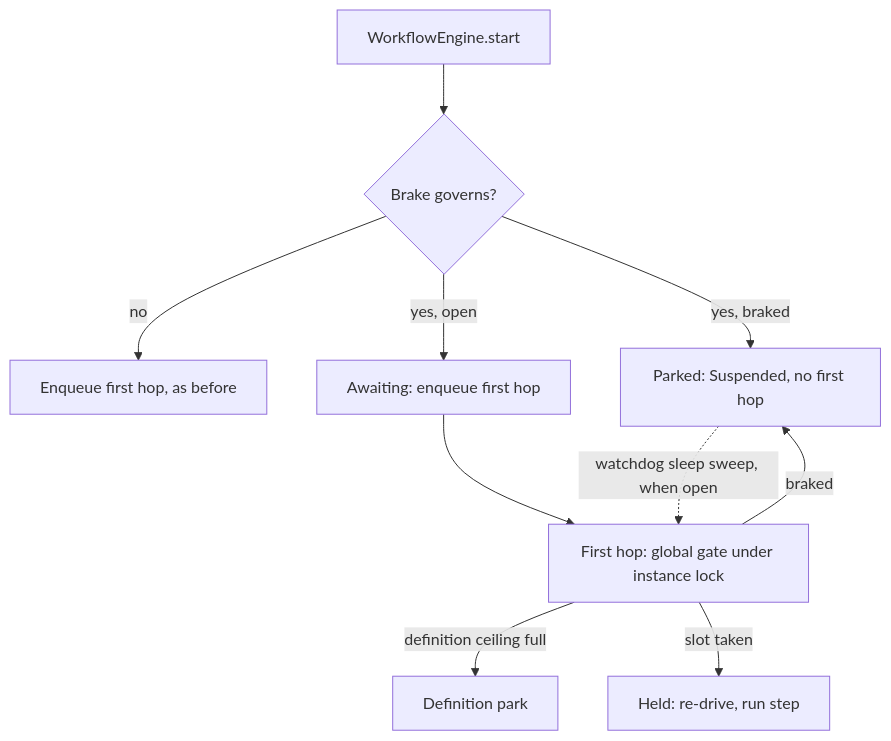
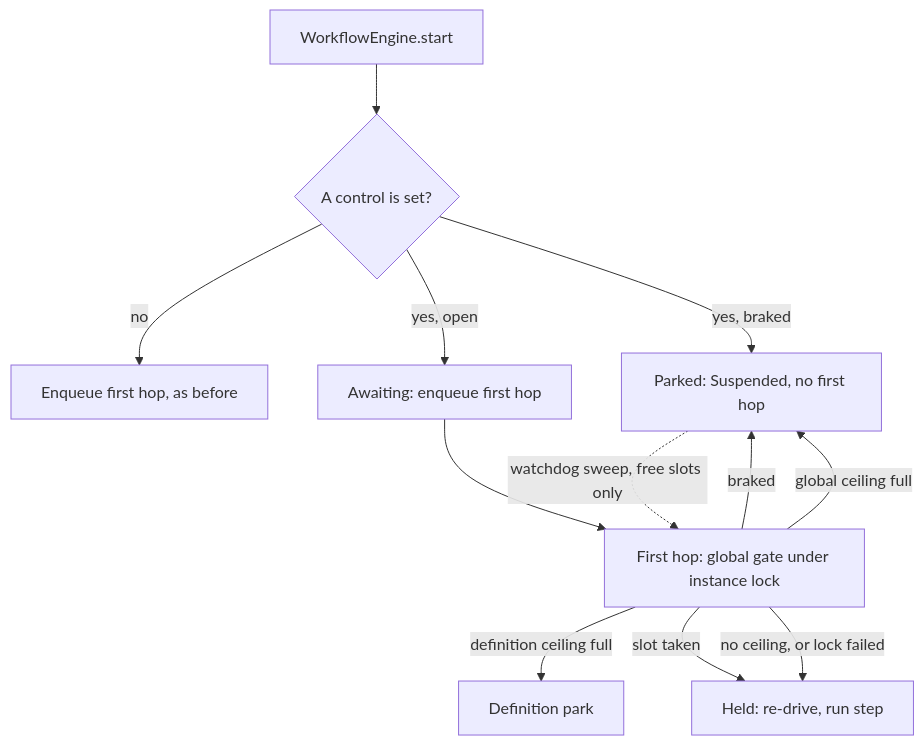
Before and after one commit to madmax983/revenant: the second of 2 diagrams in docs/global-admission-brake.md, drawn with Mermaid. The commit also changed other lines of this file and 31 other files, not shown here.

First line of the commit message:
Fix review findings in the global admission brake (#136)

````diff
--- a/docs/global-admission-brake.md
+++ b/docs/global-admission-brake.md
@@ -64,12 +72,14 @@
 ```mermaid
 flowchart TD
-    S[WorkflowEngine.start] --> B{Brake governs?}
+    S[WorkflowEngine.start] --> B{A control is set?}
     B -- no --> E[Enqueue first hop, as before]
     B -- yes, braked --> P[Parked: Suspended, no first hop]
     B -- yes, open --> A[Awaiting: enqueue first hop]
     A --> G[First hop: global gate under instance lock]
-    P -. watchdog sleep sweep, when open .-> G
+    P -. watchdog sweep, free slots only .-> G
     G -- braked --> P
     G -- definition ceiling full --> D[Definition park]
+    G -- global ceiling full --> P
     G -- slot taken --> R[Held: re-drive, run step]
+    G -- no ceiling, or lock failed --> R
 ```
````
